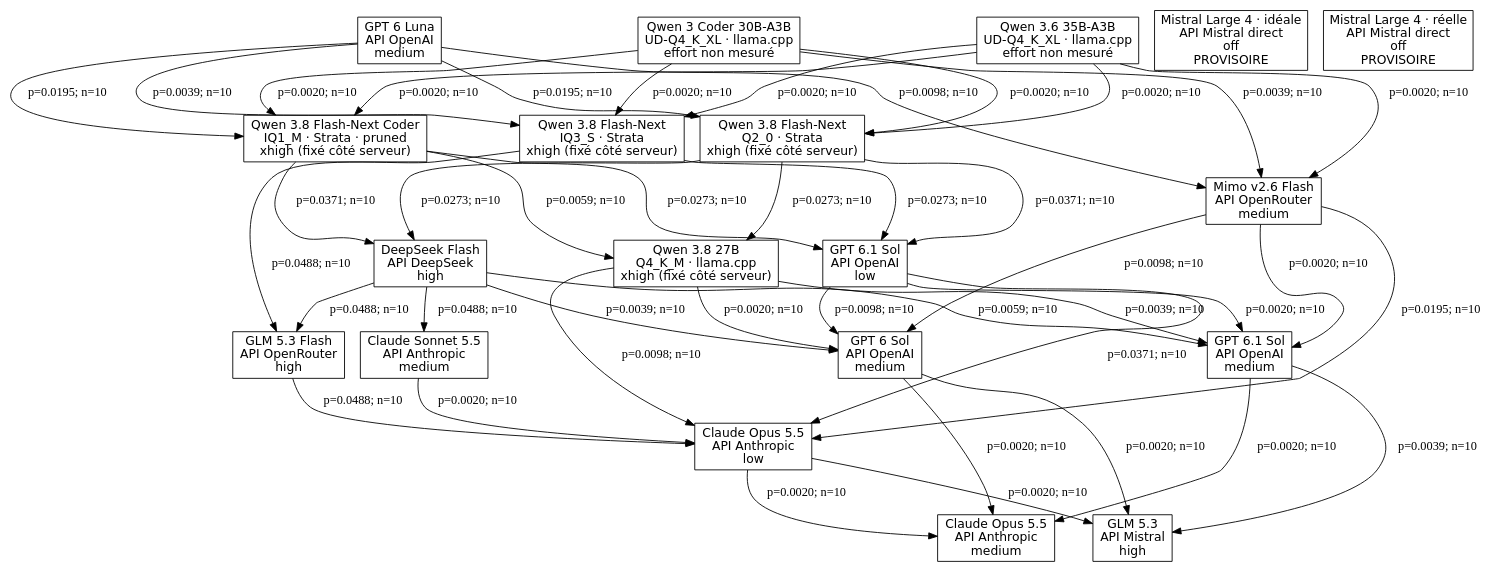
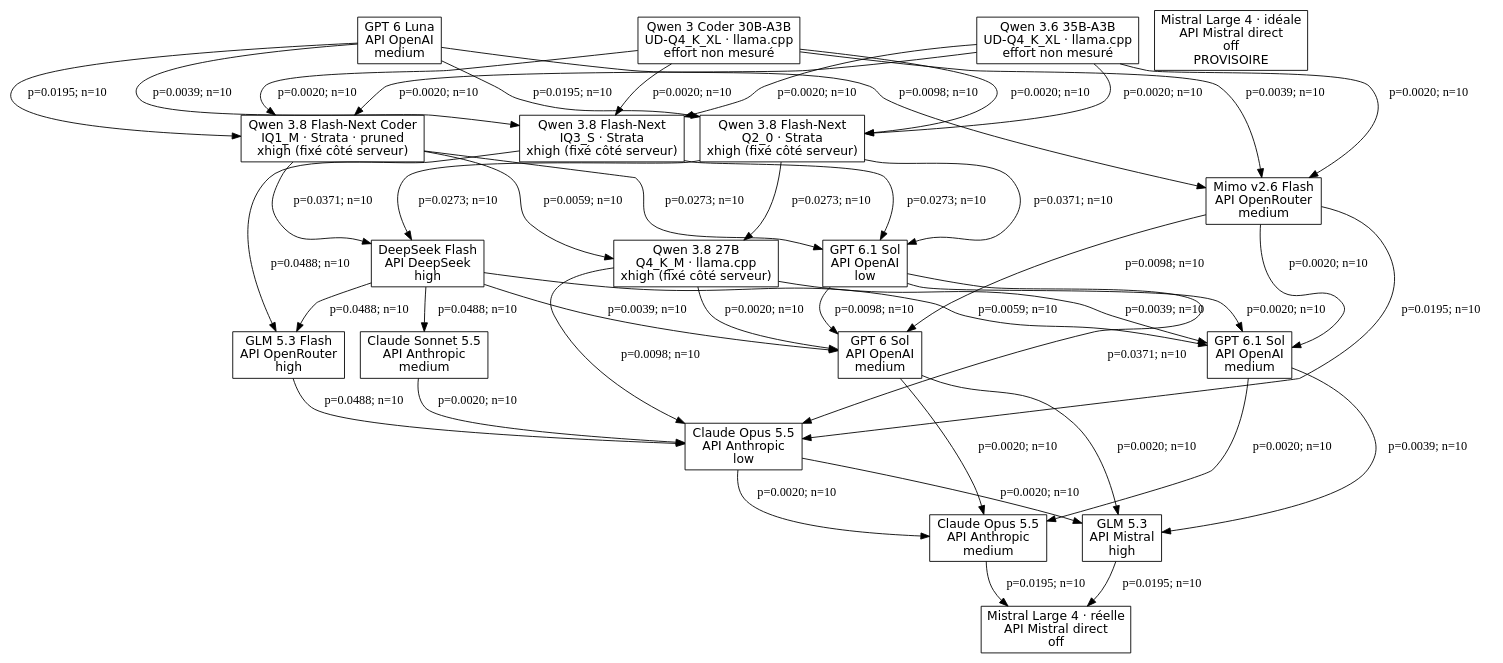
One commit to MinhHaDuong/ImperialDragonHarness changed the diagram in docs/tournament-graphs/cost_usd.dot. Above: the diagram before and after it, drawn with Graphviz. The commit also changed 15 other files, not shown here.

```diff
--- a/docs/tournament-graphs/cost_usd.dot
+++ b/docs/tournament-graphs/cost_usd.dot
@@ -1,64 +1,66 @@
 digraph G {
 rankdir=TB;
 node [shape=box, fontname="DejaVu Sans"];
 a [label="Qwen 3.8 27B\nQ4_K_M · llama.cpp\nxhigh (fixé côté serveur)"];
 b [label="Qwen 3.8 Flash-Next Coder\nIQ1_M · Strata · pruned\nxhigh (fixé côté serveur)"];
 b2 [label="Qwen 3.8 Flash-Next\nIQ3_S · Strata\nxhigh (fixé côté serveur)"];
 b3 [label="Qwen 3.8 Flash-Next\nQ2_0 · Strata\nxhigh (fixé côté serveur)"];
 c [label="Qwen 3.6 35B-A3B\nUD-Q4_K_XL · llama.cpp\neffort non mesuré"];
 c2 [label="Qwen 3 Coder 30B-A3B\nUD-Q4_K_XL · llama.cpp\neffort non mesuré"];
 d [label="Claude Opus 5.5\nAPI Anthropic\nmedium"];
 d2 [label="Claude Opus 5.5\nAPI Anthropic\nlow"];
 e [label="GPT 6 Sol\nAPI OpenAI\nmedium"];
 e2 [label="GPT 6.1 Sol\nAPI OpenAI\nlow"];
 e3 [label="GPT 6.1 Sol\nAPI OpenAI\nmedium"];
 f [label="GLM 5.3\nAPI Mistral\nhigh"];
 g [label="Claude Sonnet 5.5\nAPI Anthropic\nmedium"];
 i [label="DeepSeek Flash\nAPI DeepSeek\nhigh"];
 j [label="GLM 5.3 Flash\nAPI OpenRouter\nhigh"];
 k [label="Mimo v2.6 Flash\nAPI OpenRouter\nmedium"];
 l [label="GPT 6 Luna\nAPI OpenAI\nmedium"];
 mi [label="Mistral Large 4 · idéale\nAPI Mistral direct\noff\nPROVISOIRE"];
-mr [label="Mistral Large 4 · réelle\nAPI Mistral direct\noff\nPROVISOIRE"];
+mr [label="Mistral Large 4 · réelle\nAPI Mistral direct\noff"];
 a -> d2 [label="p=0.0098; n=10"];
 a -> e [label="p=0.0020; n=10"];
 a -> e3 [label="p=0.0039; n=10"];
 b -> a [label="p=0.0059; n=10"];
 b -> e2 [label="p=0.0273; n=10"];
 b -> i [label="p=0.0371; n=10"];
 b2 -> e2 [label="p=0.0273; n=10"];
 b2 -> j [label="p=0.0488; n=10"];
 b3 -> a [label="p=0.0273; n=10"];
 b3 -> e2 [label="p=0.0371; n=10"];
 b3 -> i [label="p=0.0273; n=10"];
 c -> b [label="p=0.0020; n=10"];
 c -> b2 [label="p=0.0020; n=10"];
 c -> b3 [label="p=0.0020; n=10"];
 c -> k [label="p=0.0020; n=10"];
 c2 -> b [label="p=0.0020; n=10"];
 c2 -> b2 [label="p=0.0020; n=10"];
 c2 -> b3 [label="p=0.0020; n=10"];
 c2 -> k [label="p=0.0039; n=10"];
+d -> mr [label="p=0.0195; n=10"];
 d2 -> d [label="p=0.0020; n=10"];
 d2 -> f [label="p=0.0020; n=10"];
 e -> d [label="p=0.0020; n=10"];
 e -> f [label="p=0.0020; n=10"];
 e2 -> d2 [label="p=0.0371; n=10"];
 e2 -> e [label="p=0.0098; n=10"];
 e2 -> e3 [label="p=0.0020; n=10"];
 e3 -> d [label="p=0.0020; n=10"];
 e3 -> f [label="p=0.0039; n=10"];
+f -> mr [label="p=0.0195; n=10"];
 g -> d2 [label="p=0.0020; n=10"];
 i -> e [label="p=0.0039; n=10"];
 i -> e3 [label="p=0.0059; n=10"];
 i -> g [label="p=0.0488; n=10"];
 i -> j [label="p=0.0488; n=10"];
 j -> d2 [label="p=0.0488; n=10"];
 k -> d2 [label="p=0.0195; n=10"];
 k -> e [label="p=0.0098; n=10"];
 k -> e3 [label="p=0.0020; n=10"];
 l -> b [label="p=0.0195; n=10"];
 l -> b2 [label="p=0.0039; n=10"];
 l -> b3 [label="p=0.0195; n=10"];
 l -> k [label="p=0.0098; n=10"];
 }
```
